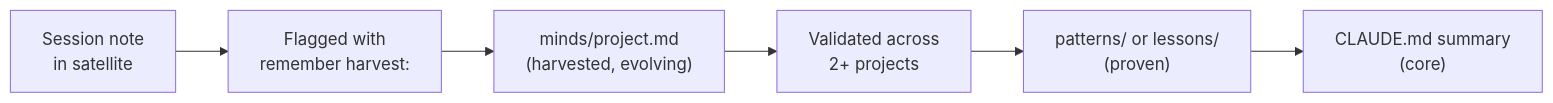
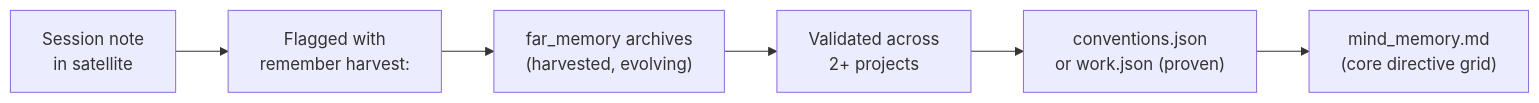
Before and after one commit to packetqc/K_DOCS: the second of 2 diagrams in docs/publications/distributed-minds/full/index.md, drawn with Mermaid. The commit also changed other lines of this file and 3 other files, not shown here.

First line of the commit message:
docs: update distributed-minds mermaid diagrams to K2.0 architecture

````diff
--- a/docs/publications/distributed-minds/full/index.md
+++ b/docs/publications/distributed-minds/full/index.md
@@ -173,8 +173,8 @@
 ```mermaid
 flowchart LR
     A["Session note\nin satellite"] --> B["Flagged with\nremember harvest:"]
-    B --> C["minds/project.md\n(harvested, evolving)"]
+    B --> C["far_memory archives\n(harvested, evolving)"]
     C --> D["Validated across\n2+ projects"]
-    D --> E["patterns/ or lessons/\n(proven)"]
-    E --> F["CLAUDE.md summary\n(core)"]
+    D --> E["conventions.json\nor work.json (proven)"]
+    E --> F["mind_memory.md\n(core directive grid)"]
 ```
````
